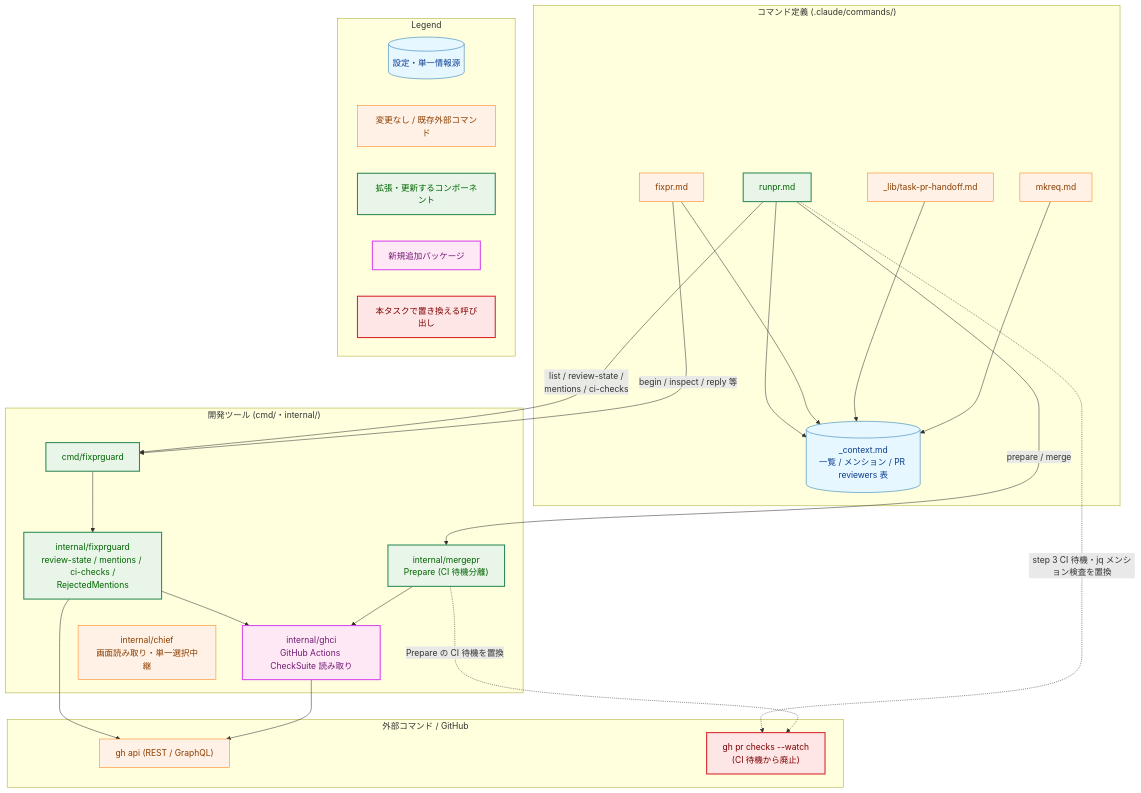
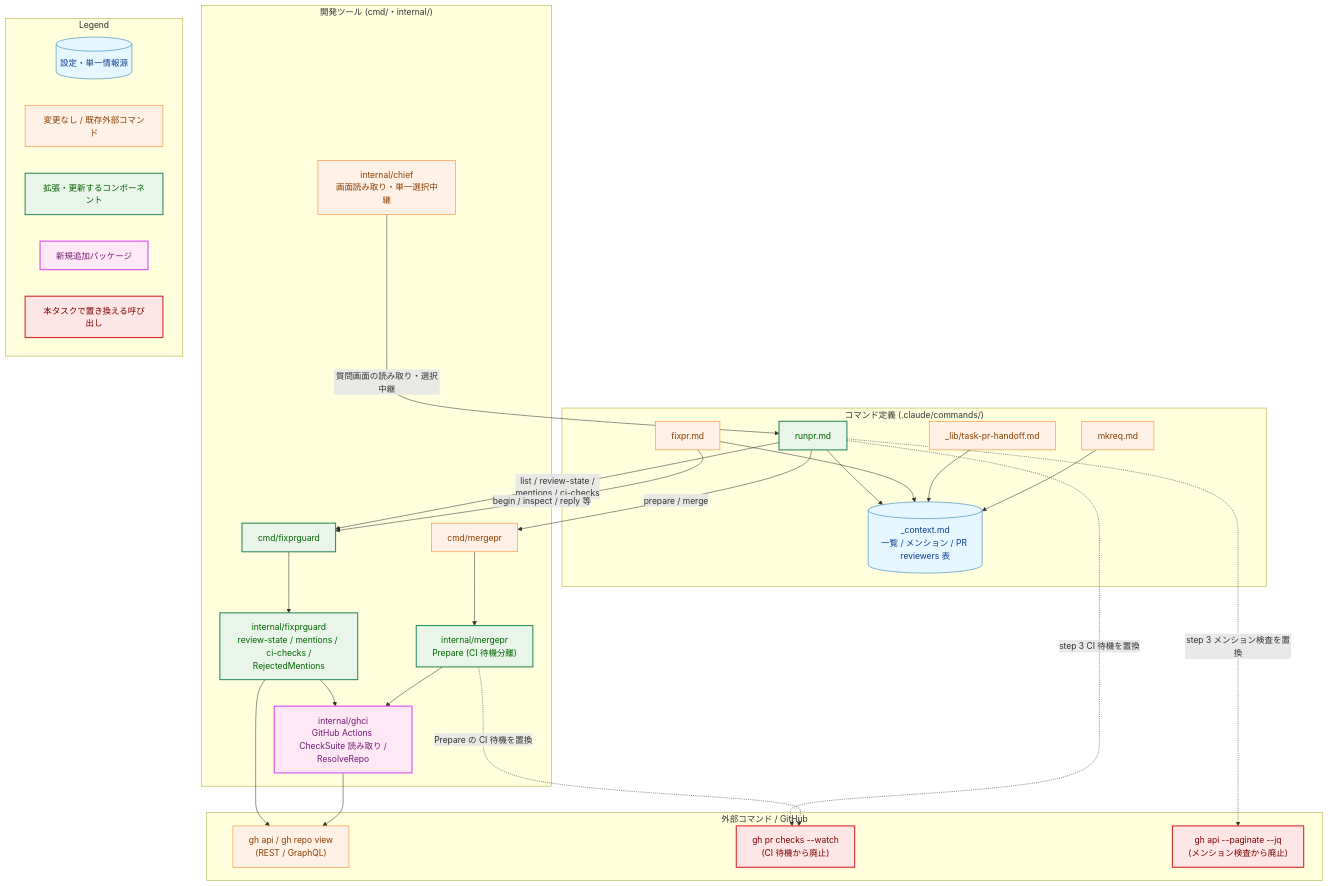
One commit to isseis/yt2column changed the second of 6 diagrams in docs/tasks/0122_sourcery_trusted_reviewer/02_architecture.md. Above: the diagram before and after it, drawn with Mermaid. The commit also changed other lines of this file and 3 other files, not shown here.

````diff
--- a/docs/tasks/0122_sourcery_trusted_reviewer/02_architecture.md
+++ b/docs/tasks/0122_sourcery_trusted_reviewer/02_architecture.md
@@ -141,65 +141,70 @@
 ```mermaid
 flowchart TB
     classDef data fill:#e6f7ff,stroke:#1f77b4,stroke-width:1px,color:#0b3d91;
     classDef process fill:#fff1e6,stroke:#ff7f0e,stroke-width:1px,color:#8a3e00;
     classDef enhanced fill:#e8f5e8,stroke:#2e8b57,stroke-width:2px,color:#006400;
     classDef newpkg fill:#ffe8f5,stroke:#d946ef,stroke-width:2px,color:#701a75;
     classDef problem fill:#ffe6e6,stroke:#d62728,stroke-width:2px,color:#7b0000;
 
     subgraph Commands["コマンド定義 (.claude/commands/)"]
         CTX[("_context.md<br>一覧 / メンション / PR reviewers 表")]
         RUNPR["runpr.md"]
         FIXPR["fixpr.md"]
         HANDOFF["_lib/task-pr-handoff.md"]
         MKREQ["mkreq.md"]
     end
 
     subgraph DevTools["開発ツール (cmd/・internal/)"]
         FPG_CMD["cmd/fixprguard"]
         FPG_INT["internal/fixprguard<br>review-state / mentions / ci-checks /<br>RejectedMentions"]
+        MPR_CMD["cmd/mergepr"]
         MPR_INT["internal/mergepr<br>Prepare (CI 待機分離)"]
-        GHCI["internal/ghci<br>GitHub Actions CheckSuite 読み取り"]
+        GHCI["internal/ghci<br>GitHub Actions CheckSuite 読み取り /<br>ResolveRepo"]
         CHIEF["internal/chief<br>画面読み取り・単一選択中継"]
     end
 
     subgraph External["外部コマンド / GitHub"]
-        GH_API["gh api (REST / GraphQL)"]
+        GH_API["gh api / gh repo view<br>(REST / GraphQL)"]
         GH_CHECKS["gh pr checks --watch<br>(CI 待機から廃止)"]
+        GH_JQ["gh api --paginate --jq<br>(メンション検査から廃止)"]
     end
 
     RUNPR --> CTX
     FIXPR --> CTX
     HANDOFF --> CTX
     MKREQ --> CTX
 
     RUNPR -->|"list / review-state /<br>mentions / ci-checks"| FPG_CMD
-    RUNPR -->|"prepare / merge"| MPR_INT
+    RUNPR -->|"prepare / merge"| MPR_CMD
     FIXPR -->|"begin / inspect / reply 等"| FPG_CMD
+    CHIEF -->|"質問画面の読み取り・選択中継"| RUNPR
     FPG_CMD --> FPG_INT
+    MPR_CMD --> MPR_INT
     FPG_INT --> GHCI
     MPR_INT --> GHCI
     FPG_INT --> GH_API
     GHCI --> GH_API
 
-    RUNPR -.->|"step 3 CI 待機・jq メンション検査を置換"| GH_CHECKS
+    RUNPR -.->|"step 3 CI 待機を置換"| GH_CHECKS
+    RUNPR -.->|"step 3 メンション検査を置換"| GH_JQ
     MPR_INT -.->|"Prepare の CI 待機を置換"| GH_CHECKS
 
     class CTX data
-    class FIXPR,HANDOFF,MKREQ,CHIEF,GH_API process
+    class FIXPR,HANDOFF,MKREQ,MPR_CMD,CHIEF,GH_API process
     class RUNPR,FPG_CMD,FPG_INT,MPR_INT enhanced
     class GHCI newpkg
-    class GH_CHECKS problem
+    class GH_CHECKS,GH_JQ problem
 
     subgraph Legend["Legend"]
         L1[("設定・単一情報源")]
         L2["変更なし / 既存外部コマンド"]
         L3["拡張・更新するコンポーネント"]
         L4["新規追加パッケージ"]
         L5["本タスクで置き換える呼び出し"]
     end
     class L1 data
     class L2 process
     class L3 enhanced
     class L4 newpkg
     class L5 problem
 ```
````
